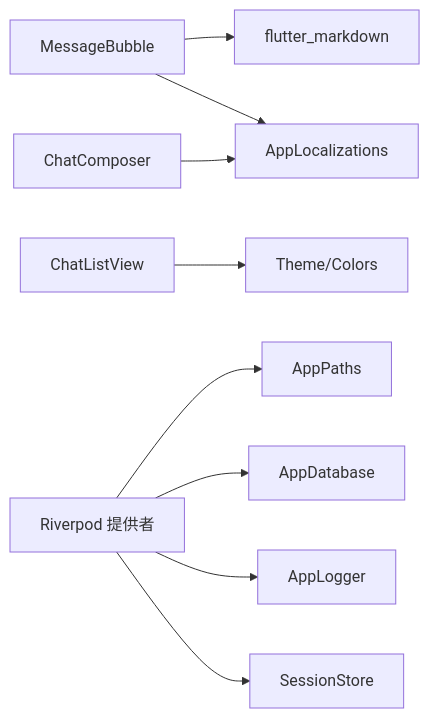
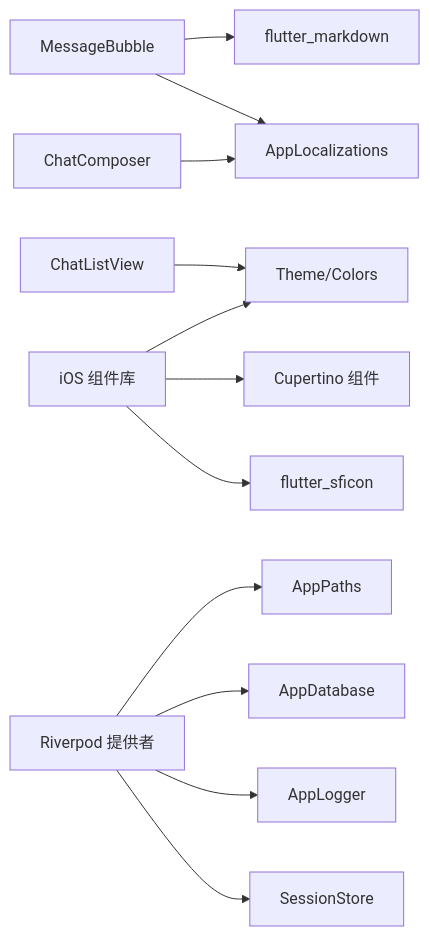
Before and after one commit to Ykworm/thktree: the seventh of 7 diagrams in .qoder/repowiki/zh/content/UI 组件库/UI 组件库.md, drawn with Mermaid. The commit also changed other lines of this file and 45 other files, not shown here.

````diff
--- a/.qoder/repowiki/zh/content/UI 组件库/UI 组件库.md
+++ b/.qoder/repowiki/zh/content/UI 组件库/UI 组件库.md
@@ -294,11 +655,14 @@
 ```mermaid
 graph LR
 MSG["MessageBubble"] --> MD["flutter_markdown"]
 MSG --> L10N["AppLocalizations"]
 COMP["ChatComposer"] --> L10N
 LIST["ChatListView"] --> THEME["Theme/Colors"]
+IOS["iOS 组件库"] --> CUPERTINO["Cupertino 组件"]
+IOS --> SFICON["flutter_sficon"]
+IOS --> THEME
 SERVICES["Riverpod 提供者"] --> PATHS["AppPaths"]
 SERVICES --> DB["AppDatabase"]
 SERVICES --> LOG["AppLogger"]
 SERVICES --> STORE["SessionStore"]
 ```
````
